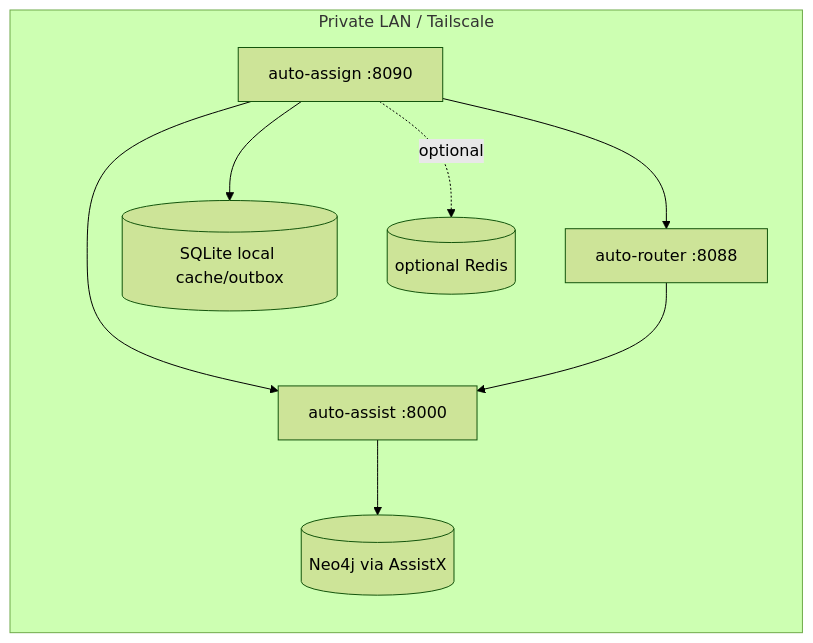
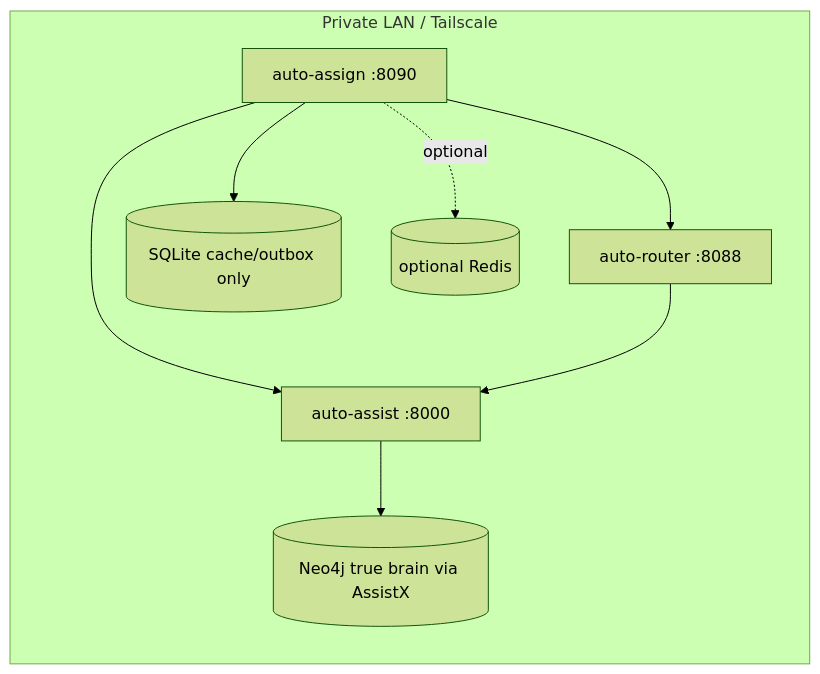
Before and after one commit to scottjoyner/auto-assign: the third of 3 diagrams in docs/HLD.md, drawn with Mermaid (forest theme). The commit also changed other lines of this file, not shown here.

Commit message:
docs: update HLD for Neo4j brain and cache-only SQLite

````diff
--- a/docs/HLD.md
+++ b/docs/HLD.md
@@ -202,18 +232,18 @@
 ```mermaid
 flowchart LR
     subgraph PrivateNet[Private LAN / Tailscale]
         AA[auto-assign :8090]
         AX[auto-assist :8000]
         AR[auto-router :8088]
-        DB[(SQLite local cache/outbox)]
+        DB[(SQLite cache/outbox only)]
         Redis[(optional Redis)]
-        Neo[(Neo4j via AssistX)]
+        Neo[(Neo4j true brain via AssistX)]
     end
 
     AA --> AX
     AA --> AR
     AA --> DB
     AA -.optional.-> Redis
     AX --> Neo
     AR --> AX
 ```
````
